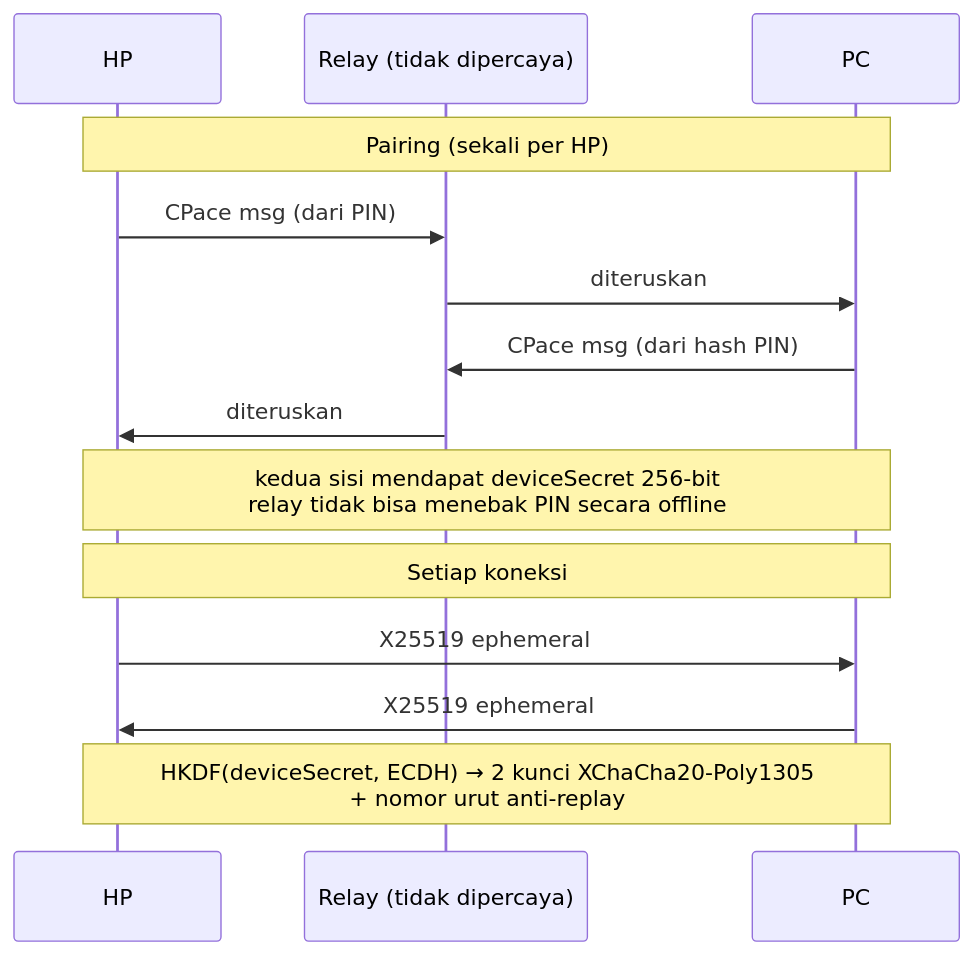
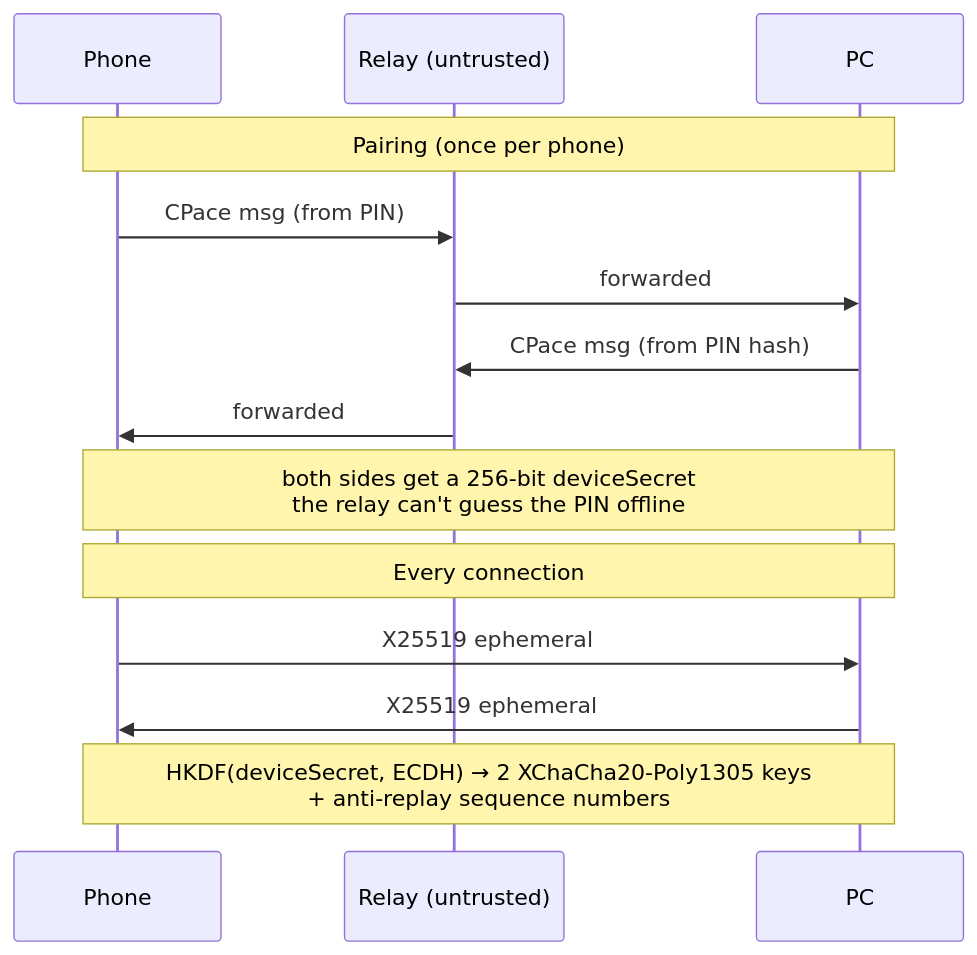
Before and after one commit to arfakaisar/snugcode: the sixth of 6 diagrams in README.md, drawn with Mermaid. The commit also changed other lines of this file and 100 other files, not shown here.

````diff
--- a/README.md
+++ b/README.md
@@ -603,18 +603,18 @@
 ```mermaid
 sequenceDiagram
-    participant HP as HP
-    participant R as Relay (tidak dipercaya)
+    participant HP as Phone
+    participant R as Relay (untrusted)
     participant PC as PC
 
-    Note over HP,PC: Pairing (sekali per HP)
-    HP->>R: CPace msg (dari PIN)
-    R->>PC: diteruskan
-    PC->>R: CPace msg (dari hash PIN)
-    R->>HP: diteruskan
-    Note over HP,PC: kedua sisi mendapat deviceSecret 256-bit<br/>relay tidak bisa menebak PIN secara offline
+    Note over HP,PC: Pairing (once per phone)
+    HP->>R: CPace msg (from PIN)
+    R->>PC: forwarded
+    PC->>R: CPace msg (from PIN hash)
+    R->>HP: forwarded
+    Note over HP,PC: both sides get a 256-bit deviceSecret<br/>the relay can't guess the PIN offline
 
-    Note over HP,PC: Setiap koneksi
+    Note over HP,PC: Every connection
     HP->>PC: X25519 ephemeral
     PC->>HP: X25519 ephemeral
-    Note over HP,PC: HKDF(deviceSecret, ECDH) → 2 kunci XChaCha20-Poly1305<br/>+ nomor urut anti-replay
+    Note over HP,PC: HKDF(deviceSecret, ECDH) → 2 XChaCha20-Poly1305 keys<br/>+ anti-replay sequence numbers
 ```
````
